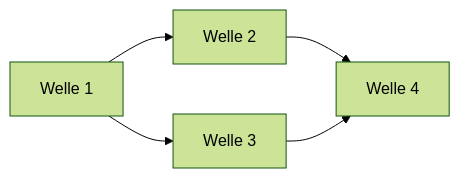
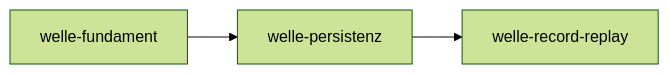
One commit to pt9912/odata-recorder changed the diagram in docs/plan/planning/in-progress/roadmap.md. Above: the diagram before and after it, drawn with Mermaid (forest theme). The commit also changed other lines of this file and 4 other files, not shown here.

Commit message:
Welle welle-fundament mit drei Slices planen, Roadmap fortschreiben (LH-QA-06, ADR-0001, ADR-0002, ADR-0003)

````diff
--- a/docs/plan/planning/in-progress/roadmap.md
+++ b/docs/plan/planning/in-progress/roadmap.md
@@ -56,12 +57,9 @@
 ```mermaid
 flowchart LR
-    W1[Welle 1]
-    W2[Welle 2]
-    W3[Welle 3]
-    W4[Welle 4]
-    
-    W1 --> W2
-    W1 --> W3
-    W2 --> W4
-    W3 --> W4
+    F[welle-fundament]
+    P[welle-persistenz]
+    R[welle-record-replay]
+
+    F --> P
+    P --> R
 ```
````
